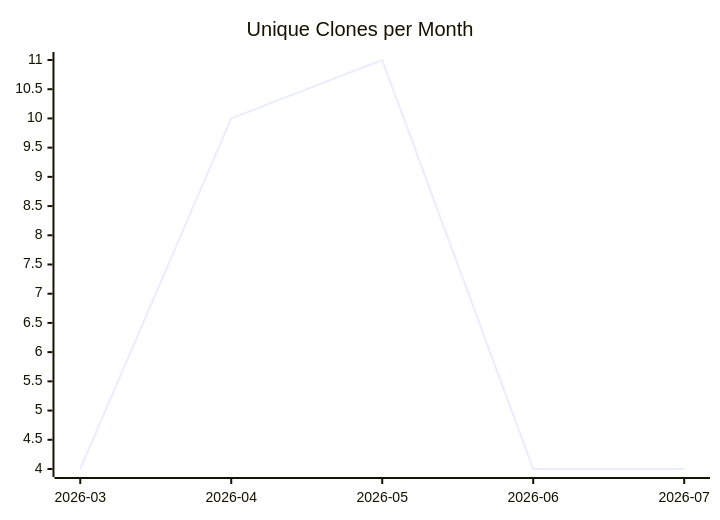
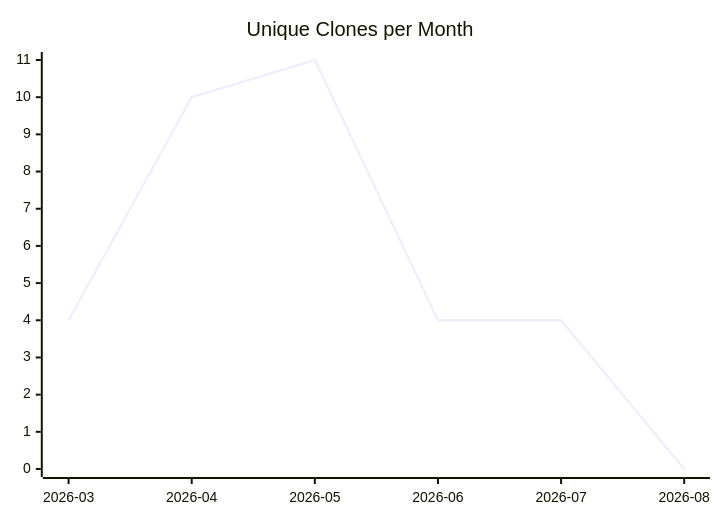
The third of 3 diagrams in karlmdavis/workstation-base-ansible-role/README.md (justdavis-family/github-analytics-data), drawn with Mermaid before and after one commit. The commit also changed other lines of this file and 180 other files, not shown here.

````diff
--- a/karlmdavis/workstation-base-ansible-role/README.md
+++ b/karlmdavis/workstation-base-ansible-role/README.md
@@ -19,6 +19,6 @@
 ```mermaid
 xychart-beta
   title "Unique Clones per Month"
-  x-axis ["2026-03", "2026-04", "2026-05", "2026-06", "2026-07"]
-  line [4, 10, 11, 4, 4]
+  x-axis ["2026-03", "2026-04", "2026-05", "2026-06", "2026-07", "2026-08"]
+  line [4, 10, 11, 4, 4, 0]
 ```
````
